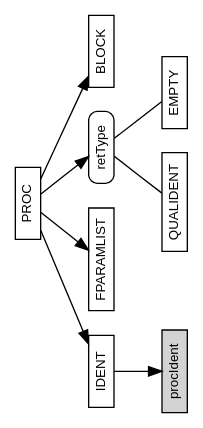
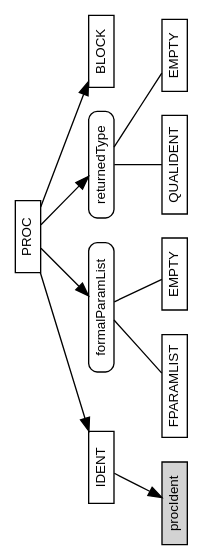
Before and after one commit to m2sf/M2-AST-Node-Diagrams: the diagram in proc.dot, drawn with Graphviz.

Commit message:
replaced

```diff
--- a/proc.dot
+++ b/proc.dot
@@ -1,73 +1,77 @@
 /* AST node diagram generator script collection for M2C, M2J and M2Sharp.
  *
  * Copyright (c) 2016 The Modula-2 Software Foundation
  *
  * Author & Maintainer: Benjamin Kowarsch <org.m2sf>
  *
  * @synopsis
  *
  * The M2C, M2J and M2Sharp compilers are multi-dialect Modula-2 translators
  * and compilers respectively targeting C99, Java/JVM and C#/CLR, sharing a
  * common abstract syntax tree (AST) specification.
  *
  * The AST node diagram generator script collection consists of Graphviz DOT
  * descriptions for all AST node types of the common AST specification.
  *
  * The Graphviz dot utility is required to generate the diagrams. 
  * It may be obtained from http://www.graphviz.org/download.php.
  *
  * @repository
  *
  * https://github.com/m2sf/m2-ast-node-diagrams
  *
  * @file
  *
  * proc.dot
  *
  * PROC node diagram.
  *
  * Usage: $ dot proc.dot -Tps > proc.ps
  *
  * @license
  *
  * This is free software: you can redistribute and/or modify it under the
  * terms of the GNU Lesser General Public License (LGPL) either version 2.1
  * or at your choice version 3 as published by the Free Software Foundation.
  * However, you may not alter the copyright, author and license information.
  *
  * It is distributed in the hope that it will be useful,  but WITHOUT
  * ANY WARRANTY; without even the implied warranty of MERCHANTABILITY or
  * FITNESS FOR A PARTICULAR PURPOSE.  Read the license for more details.
  *
  * You should have received a copy of the GNU Lesser General Public License.
  * If not, see <https://www.gnu.org/copyleft/lesser.html>.
  *
  * NB: Components in the domain part of email addresses are in reverse order.
  */
 
 /*** PROC Node ***/
 
 digraph PROC {
   graph [orientation=landscape,fontname=helvetica];
   node [fontname=helvetica,fontsize=10,shape=box,height=0.25];
   
   node [style=solid];
   edge [arrowhead=normal];
   
   PROC -> { id0 id1 id2 id3 };
   id0 [label="IDENT"];
-  id1 [label="FPARAMLIST"];
-  id2 [label="retType",style=rounded];
+  id1 [label="formalParamList",style=rounded];
+  id2 [label="returnedType",style=rounded];
   id3 [label="BLOCK"];
   
   id0 -> id4;
   id4 [label="procIdent",style=filled,fillcolor=lightgrey];
   
   edge [arrowhead=none];
   
-  id2 -> { id5 id6 };
-  id5 [label="QUALIDENT"];
+  id1 -> { id5 id6 };
+  id5 [label="FPARAMLIST"];
   id6 [label="EMPTY"];
+  
+  id2 -> { id7 id8 };
+  id7 [label="QUALIDENT"];
+  id8 [label="EMPTY"];
 }
 
 /* END OF FILE */
```
